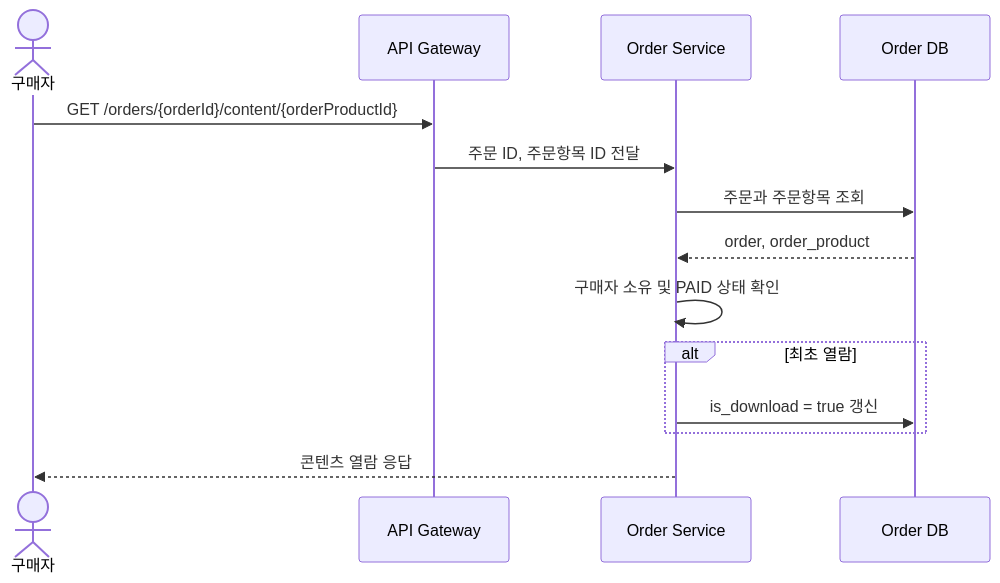
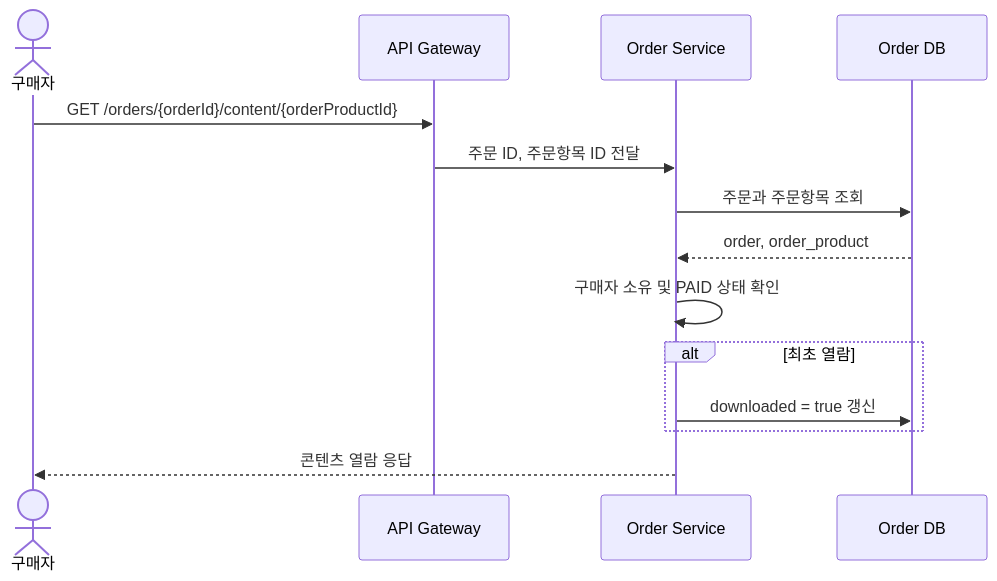
One commit to prgrms-be-adv-devcourse/beadv6_6_3JMT_BE changed the seventh of 22 diagrams in docs/architecture/order-usecase-detail.md. Above: the diagram before and after it, drawn with Mermaid. The commit also changed other lines of this file and 3 other files, not shown here.

First line of the commit message:
docs: ERD 및 아키텍처 문서의 다운로드 상태 변수명 통일

````diff
--- a/docs/architecture/order-usecase-detail.md
+++ b/docs/architecture/order-usecase-detail.md
@@ -282,17 +282,17 @@
 ```mermaid
 sequenceDiagram
     actor Buyer as 구매자
     participant Gateway as API Gateway
     participant Order as Order Service
     participant DB as Order DB
 
     Buyer->>Gateway: GET /orders/{orderId}/content/{orderProductId}
     Gateway->>Order: 주문 ID, 주문항목 ID 전달
     Order->>DB: 주문과 주문항목 조회
     DB-->>Order: order, order_product
     Order->>Order: 구매자 소유 및 PAID 상태 확인
     alt 최초 열람
-        Order->>DB: is_download = true 갱신
+        Order->>DB: downloaded = true 갱신
     end
     Order-->>Buyer: 콘텐츠 열람 응답
 ```
````
